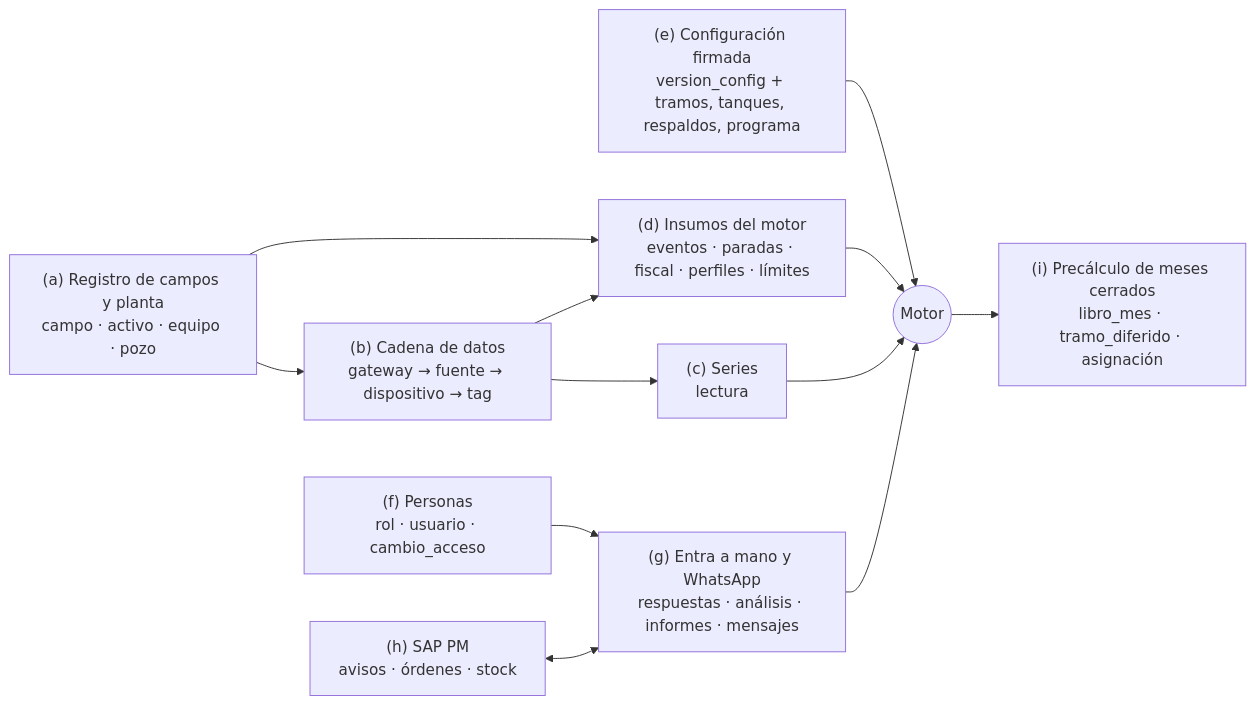
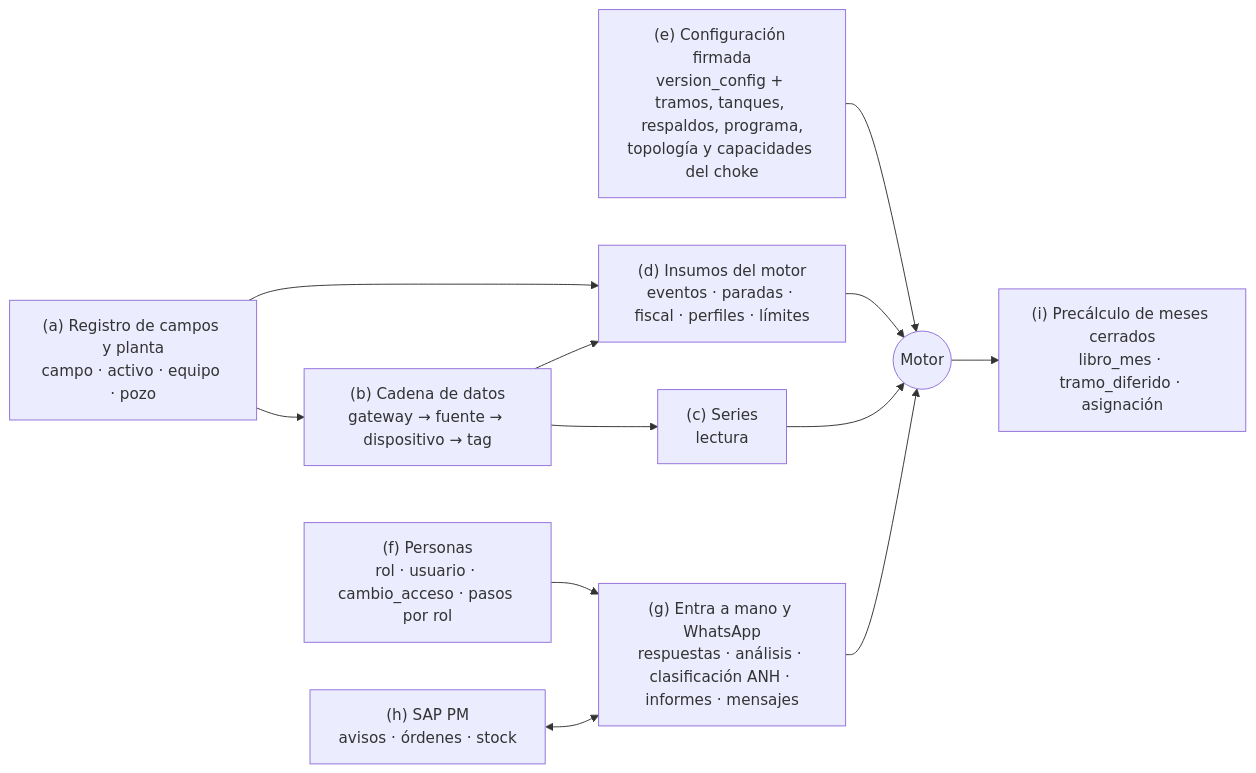
The first of 10 diagrams in docs/backend/03-modelo-de-datos.md (Hollman18/trim-hidrocarburos), drawn with Mermaid before and after one commit. The commit also changed other lines of this file and 267 other files, not shown here.

````diff
--- a/docs/backend/03-modelo-de-datos.md
+++ b/docs/backend/03-modelo-de-datos.md
@@ -72,14 +72,14 @@
 ```mermaid
 flowchart LR
   A["(a) Registro de campos y planta<br/>campo · activo · equipo · pozo"] --> B["(b) Cadena de datos<br/>gateway → fuente → dispositivo → tag"]
   B --> C["(c) Series<br/>lectura"]
   A --> D["(d) Insumos del motor<br/>eventos · paradas · fiscal · perfiles · límites"]
   B --> D
-  E["(e) Configuración firmada<br/>version_config + tramos, tanques, respaldos, programa"] --> M(("Motor"))
+  E["(e) Configuración firmada<br/>version_config + tramos, tanques, respaldos, programa,<br/>topología y capacidades del choke"] --> M(("Motor"))
   D --> M
   C --> M
-  F["(f) Personas<br/>rol · usuario · cambio_acceso"] --> G["(g) Entra a mano y WhatsApp<br/>respuestas · análisis · informes · mensajes"]
+  F["(f) Personas<br/>rol · usuario · cambio_acceso · pasos por rol"] --> G["(g) Entra a mano y WhatsApp<br/>respuestas · análisis · clasificación ANH · informes · mensajes"]
   G --> M
   H["(h) SAP PM<br/>avisos · órdenes · stock"] <--> G
   M --> I["(i) Precálculo de meses cerrados<br/>libro_mes · tramo_diferido · asignación"]
 ```
````
